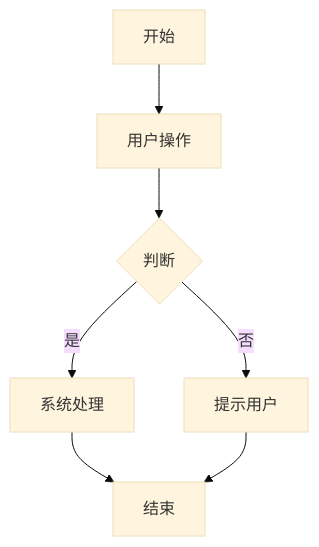
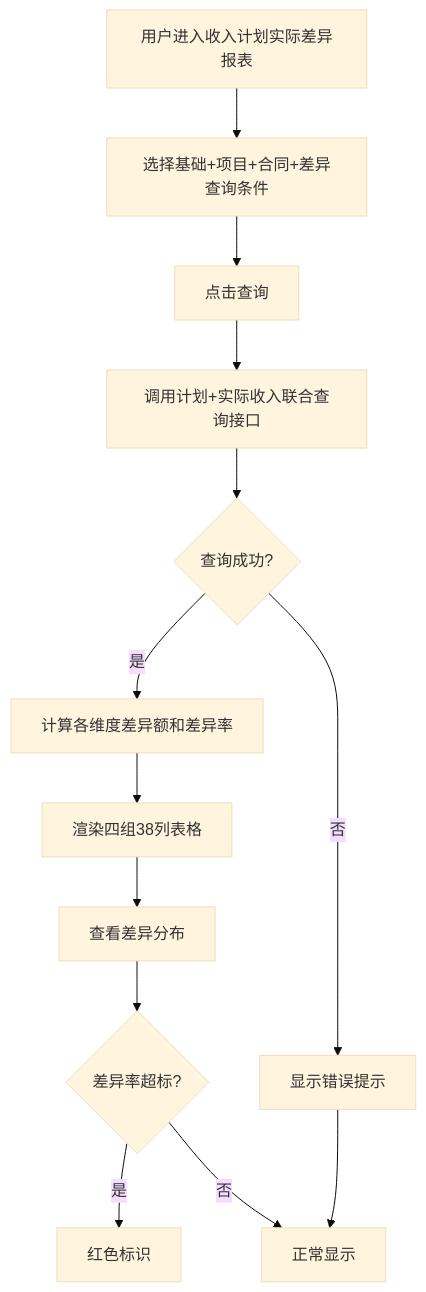
One commit to cuiweihaoxuan-eng/lto changed the diagram in .prd/_routes/_revenue-plan-actual-diff.md. Above: the diagram before and after it, drawn with Mermaid (base theme). The commit also changed other lines of this file and 79 other files, not shown here.

````diff
--- a/.prd/_routes/_revenue-plan-actual-diff.md
+++ b/.prd/_routes/_revenue-plan-actual-diff.md
@@ -44,9 +51,15 @@
 ```mermaid
 graph TD
-    A[开始] --> B[用户操作]
-    B --> C{判断}
-    C -->|是| D[系统处理]
-    C -->|否| E[提示用户]
-    D --> F[结束]
-    E --> F
+    A[用户进入收入计划实际差异报表] --> B[选择基础+项目+合同+差异查询条件]
+    B --> C[点击查询]
+    C --> D[调用计划+实际收入联合查询接口]
+    D --> E{查询成功?}
+    E -->|是| F[计算各维度差异额和差异率]
+    E -->|否| G[显示错误提示]
+    F --> H[渲染四组38列表格]
+    H --> I[查看差异分布]
+    I --> J{差异率超标?}
+    J -->|是| K[红色标识]
+    J -->|否| L[正常显示]
+    G --> L
 ```
````
